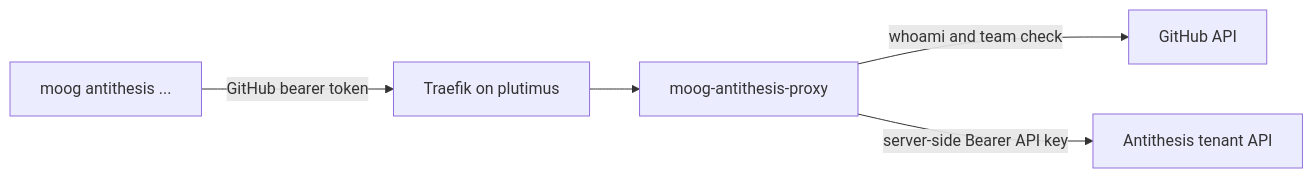
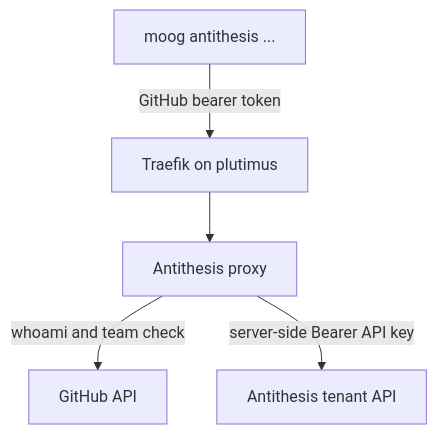
The first of 3 diagrams in docs/antithesis-proxy.md (cardano-foundation/moog), drawn with Mermaid before and after one commit. The commit also changed other lines of this file and 2 other files, not shown here.

First line of the commit message:
docs: explain browser report access and proxy installation

````diff
--- a/docs/antithesis-proxy.md
+++ b/docs/antithesis-proxy.md
@@ -8,7 +8,7 @@
 ```mermaid
-flowchart LR
+flowchart TD
   CLI[moog antithesis ...] -->|GitHub bearer token| Traefik[Traefik on plutimus]
-  Traefik --> Proxy[moog-antithesis-proxy]
+  Traefik --> Proxy[Antithesis proxy]
   Proxy -->|whoami and team check| GitHub[GitHub API]
   Proxy -->|server-side Bearer API key| Antithesis[Antithesis tenant API]
 ```
````
